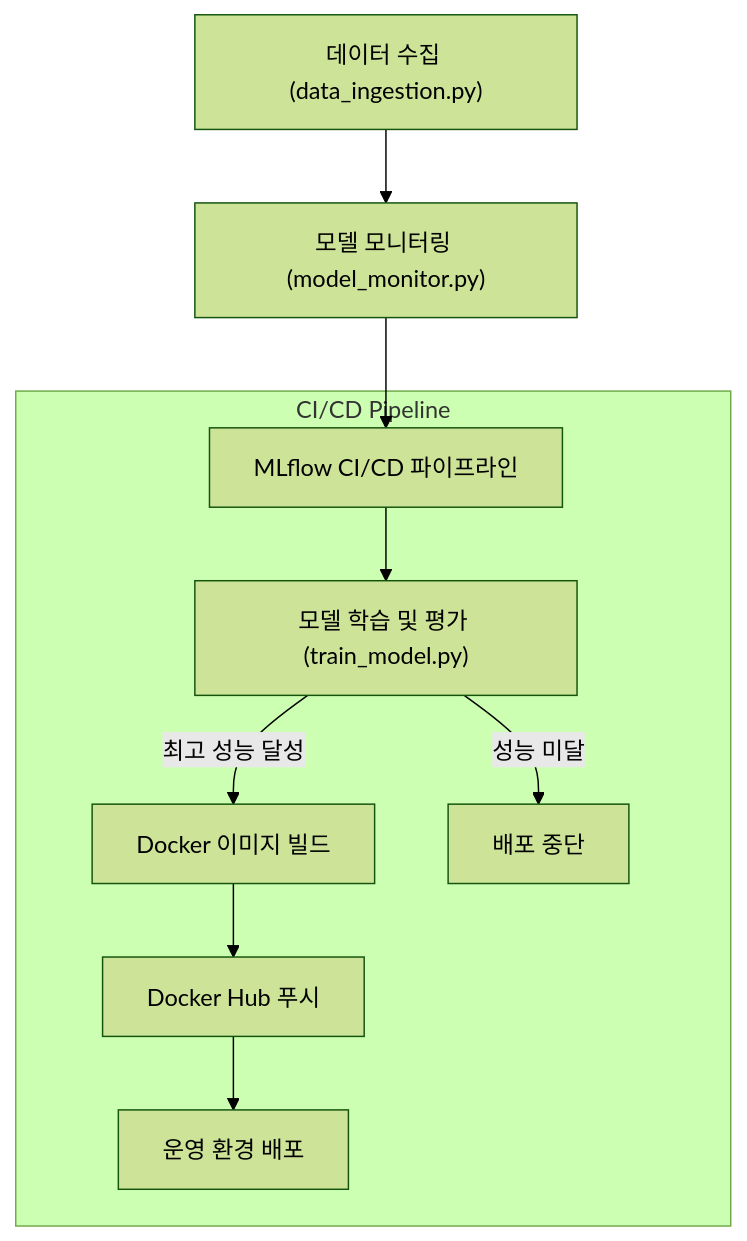
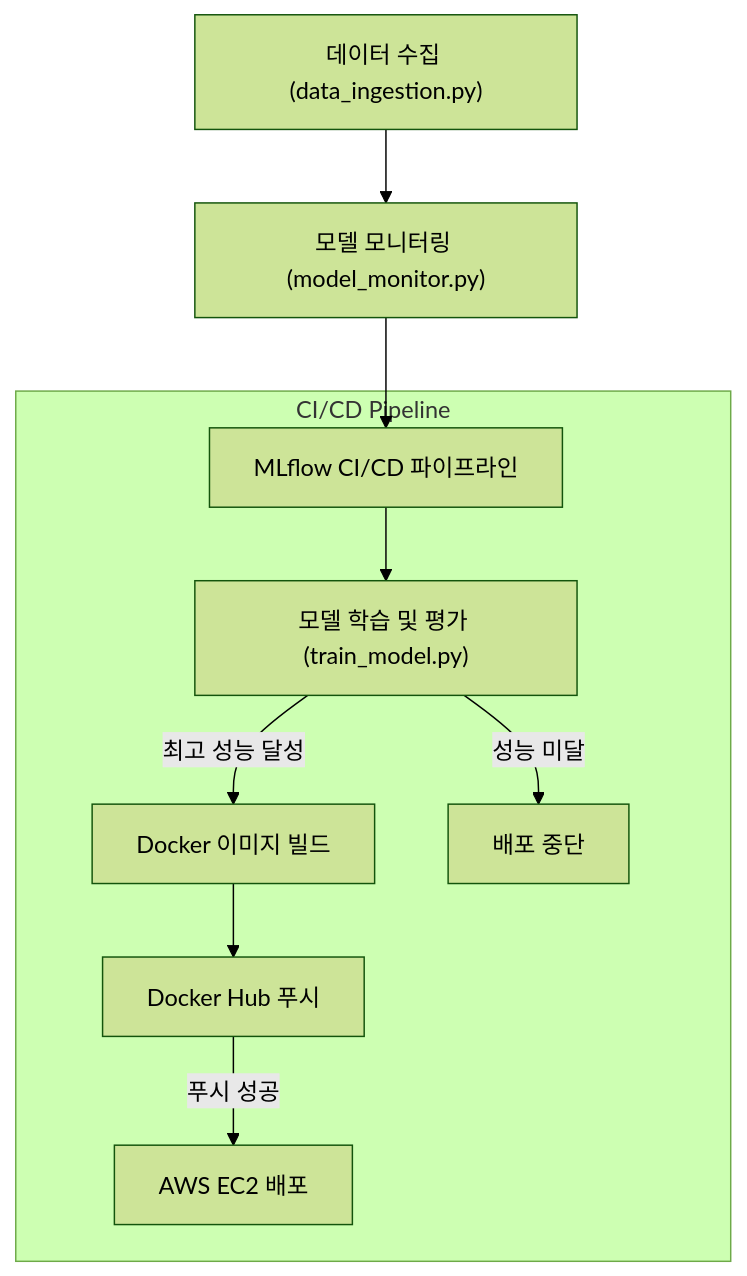
Before and after one commit to AIBootcamp14/mlops-project-mlops-1: the diagram in README.md, drawn with Mermaid (forest theme). The commit also changed other lines of this file, not shown here.

Commit message:
docs: Update README.md with final project status and pipeline diagram

````diff
--- a/README.md
+++ b/README.md
@@ -99,12 +110,12 @@
 ```mermaid
     graph TD
         A["데이터 수집 (data_ingestion.py)"] --> B["모델 모니터링 (model_monitor.py)"]
         B --> C["MLflow CI/CD 파이프라인"]
         subgraph "CI/CD Pipeline"
             C --> D["모델 학습 및 평가 (train_model.py)"]
             D -- "최고 성능 달성" --> E["Docker 이미지 빌드"]
             D -- "성능 미달" --> F["배포 중단"]
             E --> G["Docker Hub 푸시"]
-            G --> H["운영 환경 배포"]
+            G -- "푸시 성공" --> H["AWS EC2 배포"]
         end
 ```
````
